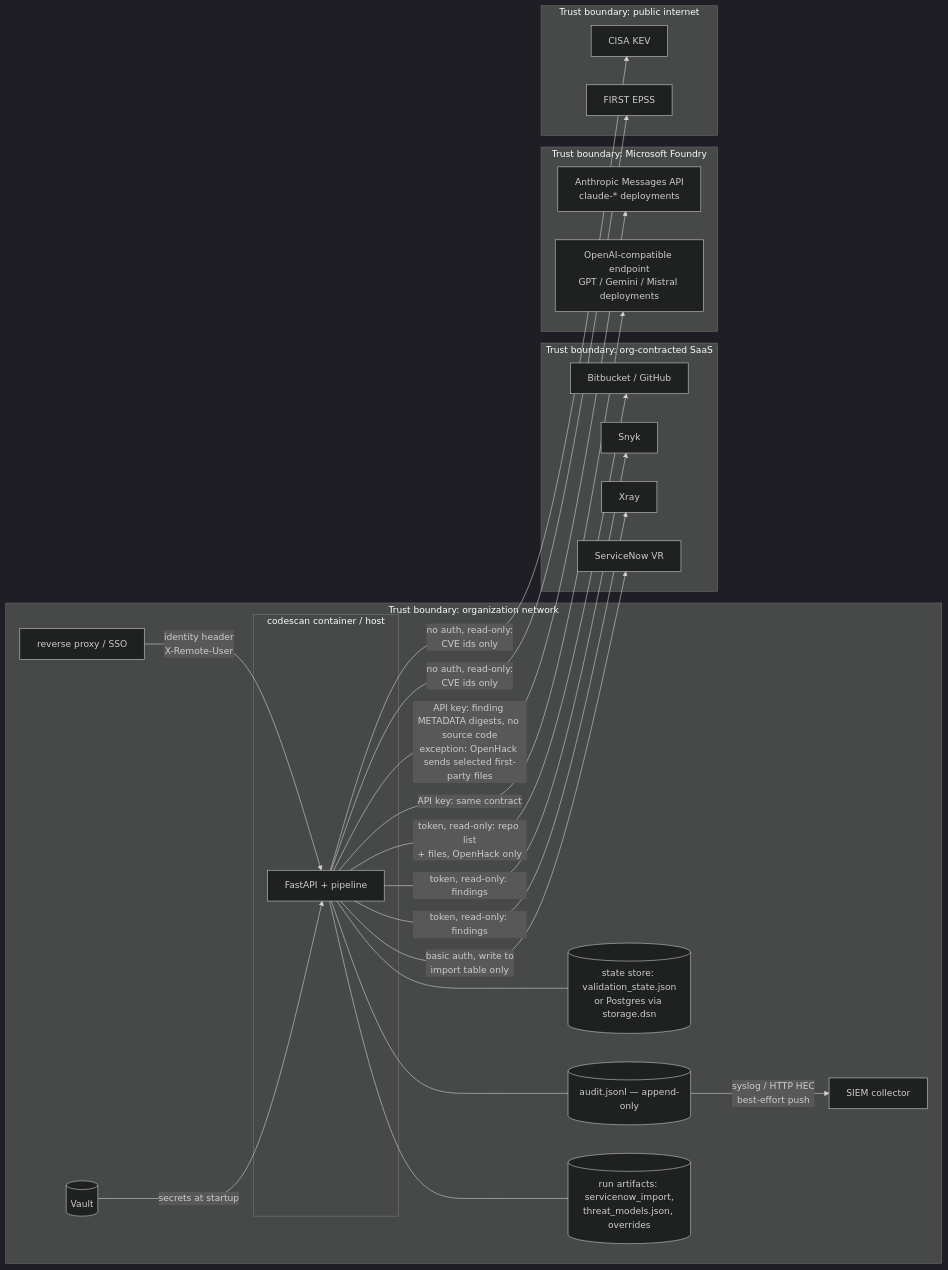
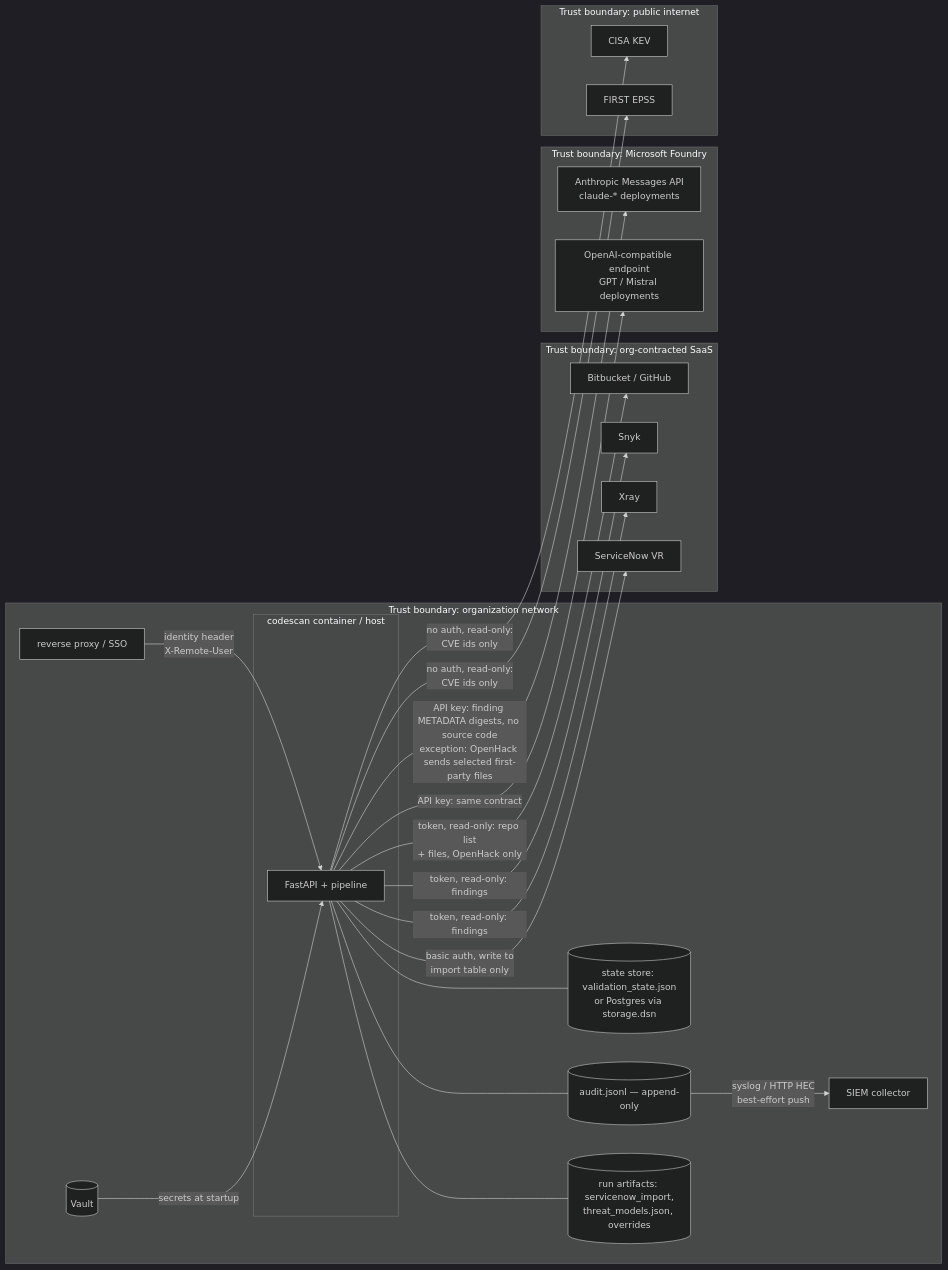
The third of 3 diagrams in docs/DATAFLOW.md (mfmiguez-oss/codescan), drawn with Mermaid (dark theme) before and after one commit. The commit also changed other lines of this file and 24 other files, not shown here.

````diff
--- a/docs/DATAFLOW.md
+++ b/docs/DATAFLOW.md
@@ -85,46 +85,46 @@
 ```mermaid
 flowchart LR
   subgraph org ["Trust boundary: organization network"]
     subgraph host ["codescan container / host"]
       APP["FastAPI + pipeline"]
     end
     FS[("state store: validation_state.json<br/>or Postgres via storage.dsn")]
     AUD[("audit.jsonl — append-only")]
     ART[("run artifacts: servicenow_import,<br/>threat_models.json, overrides")]
     PRX["reverse proxy / SSO"]
     V[("Vault")]
     SIEMBOX["SIEM collector"]
     APP --- FS
     APP --- AUD
     APP --- ART
     PRX -->|"identity header<br/>X-Remote-User"| APP
     V -->|"secrets at startup"| APP
     AUD -->|"syslog / HTTP HEC<br/>best-effort push"| SIEMBOX
   end
 
   subgraph vendors ["Trust boundary: org-contracted SaaS"]
     BB["Bitbucket / GitHub"]
     SK["Snyk"]
     XR["Xray"]
     SNOW["ServiceNow VR"]
   end
 
   subgraph aiproviders ["Trust boundary: Microsoft Foundry"]
     ANT["Anthropic Messages API<br/>claude-* deployments"]
-    OAI["OpenAI-compatible endpoint<br/>GPT / Gemini / Mistral deployments"]
+    OAI["OpenAI-compatible endpoint<br/>GPT / Mistral deployments"]
   end
 
   subgraph public ["Trust boundary: public internet"]
     KEVSRC["CISA KEV"]
     EPSSSRC["FIRST EPSS"]
   end
 
   APP -->|"token, read-only: repo list<br/>+ files, OpenHack only"| BB
   APP -->|"token, read-only: findings"| SK
   APP -->|"token, read-only: findings"| XR
   APP -->|"no auth, read-only:<br/>CVE ids only"| KEVSRC
   APP -->|"no auth, read-only:<br/>CVE ids only"| EPSSSRC
   APP -->|"API key: finding METADATA digests, no source code<br/>exception: OpenHack sends selected first-party files"| ANT
   APP -->|"API key: same contract"| OAI
   APP -->|"basic auth, write to<br/>import table only"| SNOW
 ```
````
